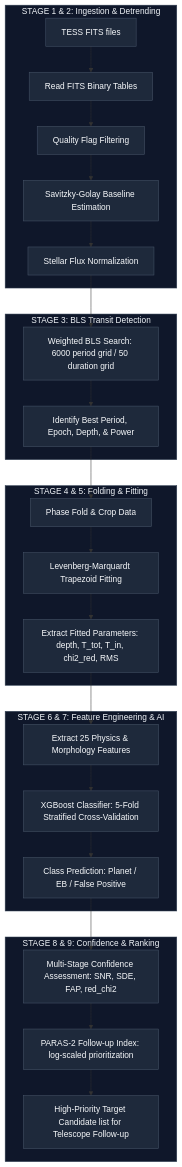
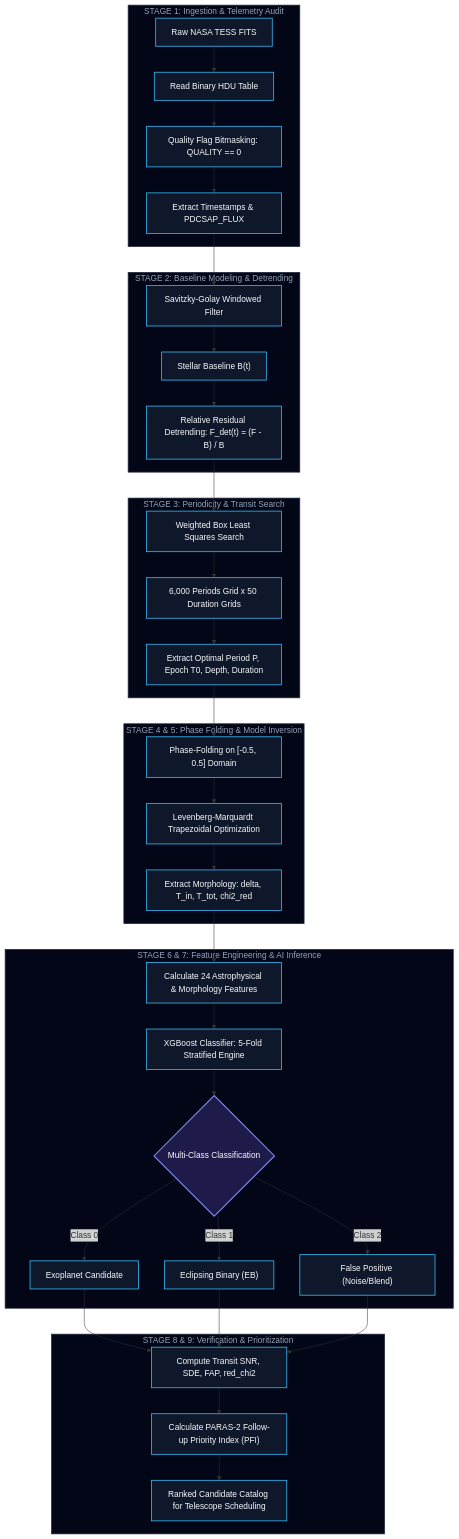
Before and after one commit to GuptaNandinii/TESS-EXOPLANET-DETECTION: the diagram in README.md, drawn with Mermaid. The commit also changed other lines of this file, not shown here.

Commit message:
Docs: Enhance README with comprehensive mathematical derivations, architecture specs, and 24-feature matrix

````diff
--- a/README.md
+++ b/README.md
@@ -28,42 +54,54 @@
 ```mermaid
-graph TD
-    subgraph Stage1["STAGE 1 & 2: Ingestion & Detrending"]
-        FITS[TESS FITS files] --> Ingest[Read FITS Binary Tables]
-        Ingest --> Filter[Quality Flag Filtering]
-        Filter --> Base[Savitzky-Golay Baseline Estimation]
-        Base --> Norm[Stellar Flux Normalization]
+flowchart TD
+    subgraph S1["STAGE 1: Ingestion & Telemetry Audit"]
+        A["Raw NASA TESS FITS"] --> B["Read Binary HDU Table"]
+        B --> C["Quality Flag Bitmasking: QUALITY == 0"]
+        C --> D["Extract Timestamps & PDCSAP_FLUX"]
     end
 
-    subgraph Stage2["STAGE 3: BLS Transit Detection"]
-        Norm --> BLS[Weighted BLS Search: 6000 period grid / 50 duration grid]
-        BLS --> Period[Identify Best Period, Epoch, Depth, & Power]
+    subgraph S2["STAGE 2: Baseline Modeling & Detrending"]
+        D --> E["Savitzky-Golay Windowed Filter"]
+        E --> F["Stellar Baseline B(t)"]
+        F --> G["Relative Residual Detrending: F_det(t) = (F - B) / B"]
     end
 
-    subgraph Stage3["STAGE 4 & 5: Folding & Fitting"]
-        Period --> Fold[Phase Fold & Crop Data]
-        Fold --> LM[Levenberg-Marquardt Trapezoid Fitting]
-        LM --> Params[Extract Fitted Parameters: depth, T_tot, T_in, chi2_red, RMS]
+    subgraph S3["STAGE 3: Periodicity & Transit Search"]
+        G --> H["Weighted Box Least Squares Search"]
+        H --> I["6,000 Periods Grid x 50 Duration Grids"]
+        I --> J["Extract Optimal Period P, Epoch T0, Depth, Duration"]
     end
 
-    subgraph Stage4["STAGE 6 & 7: Feature Engineering & AI"]
-        Params --> Feat[Extract 25 Physics & Morphology Features]
-        Feat --> XGB[XGBoost Classifier: 5-Fold Stratified Cross-Validation]
-        XGB --> Pred[Class Prediction: Planet / EB / False Positive]
+    subgraph S4["STAGE 4 & 5: Phase Folding & Model Inversion"]
+        J --> K["Phase-Folding on [-0.5, 0.5] Domain"]
+        K --> L["Levenberg-Marquardt Trapezoidal Optimization"]
+        L --> M["Extract Morphology: delta, T_in, T_tot, chi2_red"]
     end
 
-    subgraph Stage5["STAGE 8 & 9: Confidence & Ranking"]
-        Pred --> Conf[Multi-Stage Confidence Assessment: SNR, SDE, FAP, red_chi2]
-        Conf --> PFI[PARAS-2 Follow-up Index: log-scaled prioritization]
-        PFI --> Output[High-Priority Target Candidate list for Telescope Follow-up]
+    subgraph S5["STAGE 6 & 7: Feature Engineering & AI Inference"]
+        M --> N["Calculate 24 Astrophysical & Morphology Features"]
+        N --> O["XGBoost Classifier: 5-Fold Stratified Engine"]
+        O --> P{"Multi-Class Classification"}
+        P -->|Class 0| Q["Exoplanet Candidate"]
+        P -->|Class 1| R["Eclipsing Binary (EB)"]
+        P -->|Class 2| S["False Positive (Noise/Blend)"]
     end
 
-    %% Style definitions for high contrast on all themes
-    classDef nodeStyle fill:#1e293b,stroke:#475569,stroke-width:1px,color:#f8fafc;
-    class FITS,Ingest,Filter,Base,Norm,BLS,Period,Fold,LM,Params,Feat,XGB,Pred,Conf,PFI,Output nodeStyle;
+    subgraph S6["STAGE 8 & 9: Verification & Prioritization"]
+        Q & R & S --> T["Compute Transit SNR, SDE, FAP, red_chi2"]
+        T --> U["Calculate PARAS-2 Follow-up Priority Index (PFI)"]
+        U --> V["Ranked Candidate Catalog for Telescope Scheduling"]
+    end
 
-    style Stage1 fill:#0f172a,stroke:#334155,stroke-width:1px,color:#f1f5f9
-    style Stage2 fill:#0f172a,stroke:#334155,stroke-width:1px,color:#f1f5f9
-    style Stage3 fill:#0f172a,stroke:#334155,stroke-width:1px,color:#f1f5f9
-    style Stage4 fill:#0f172a,stroke:#334155,stroke-width:1px,color:#f1f5f9
-    style Stage5 fill:#0f172a,stroke:#334155,stroke-width:1px,color:#f1f5f9
+    %% Visual Styling
+    classDef darkNode fill:#0f172a,stroke:#38bdf8,stroke-width:1.5px,color:#f8fafc;
+    classDef decisionNode fill:#1e1b4b,stroke:#818cf8,stroke-width:2px,color:#f8fafc;
+    class A,B,C,D,E,F,G,H,I,J,K,L,M,N,O,Q,R,S,T,U,V darkNode;
+    class P decisionNode;
+
+    style S1 fill:#020617,stroke:#1e293b,stroke-width:1.5px,color:#94a3b8
+    style S2 fill:#020617,stroke:#1e293b,stroke-width:1.5px,color:#94a3b8
+    style S3 fill:#020617,stroke:#1e293b,stroke-width:1.5px,color:#94a3b8
+    style S4 fill:#020617,stroke:#1e293b,stroke-width:1.5px,color:#94a3b8
+    style S5 fill:#020617,stroke:#1e293b,stroke-width:1.5px,color:#94a3b8
+    style S6 fill:#020617,stroke:#1e293b,stroke-width:1.5px,color:#94a3b8
 ```
````
